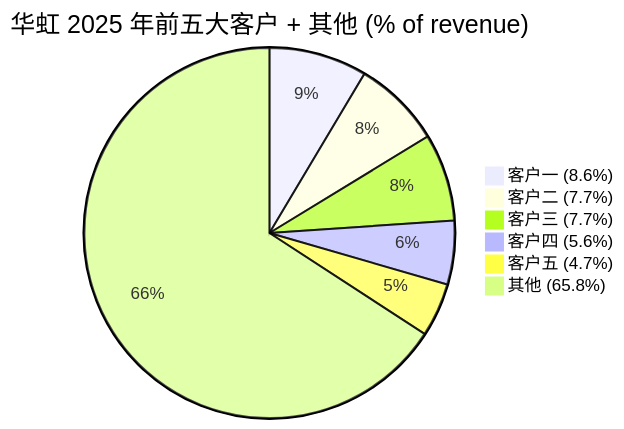
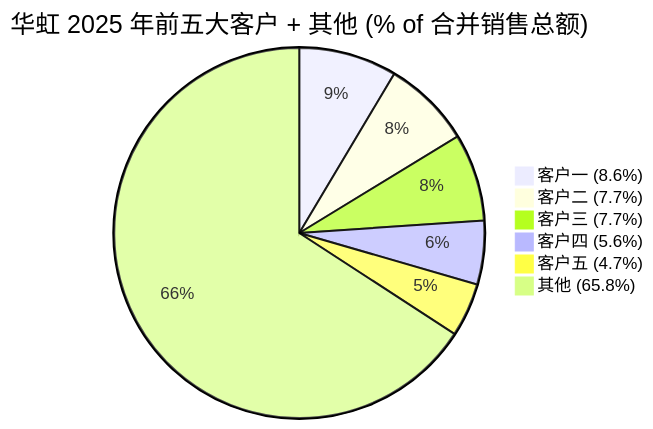
Before and after one commit to dadachundan/financial_agent: the third of 6 diagrams in reports/company/华虹公司_SSE688347/华虹公司_SSE688347_公司研究.md, drawn with Mermaid. The commit also changed other lines of this file and 9 other files, not shown here.

First line of the commit message:
feat(company-research): refresh Hua Hong (SSE:688347) — decision layer + full chart suite

````diff
--- a/reports/company/华虹公司_SSE688347/华虹公司_SSE688347_公司研究.md
+++ b/reports/company/华虹公司_SSE688347/华虹公司_SSE688347_公司研究.md
@@ -299,9 +774,9 @@
 ```mermaid
-pie title 华虹 2025 年前五大客户 + 其他 (% of revenue)
+pie title 华虹 2025 年前五大客户 + 其他 (% of 合并销售总额)
   "客户一 (8.6%)" : 8.56
   "客户二 (7.7%)" : 7.72
   "客户三 (7.7%)" : 7.65
   "客户四 (5.6%)" : 5.56
   "客户五 (4.7%)" : 4.69
   "其他 (65.8%)" : 65.82
 ```
````
